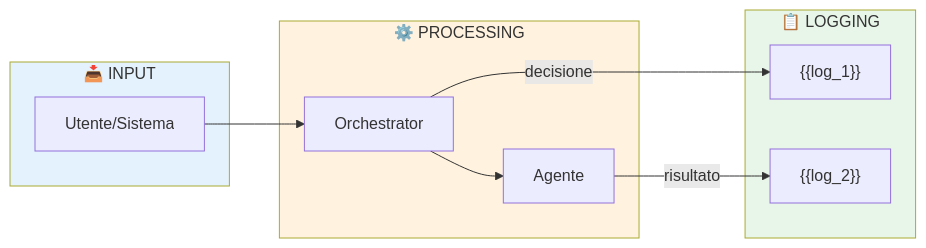
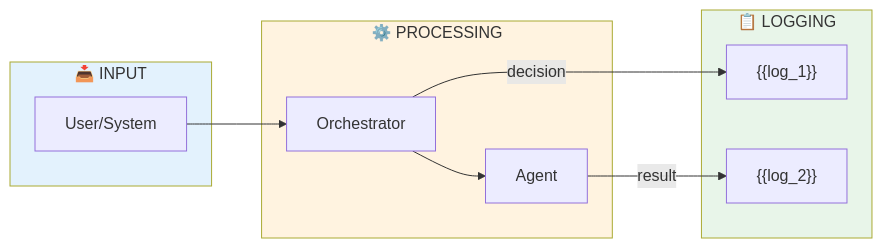
One commit to GravyaDev/trdex changed the diagram in ai-operations-registry/traceability.md. Above: the diagram before and after it, drawn with Mermaid. The commit also changed other lines of this file and 10 other files, not shown here.

````diff
--- a/ai-operations-registry/traceability.md
+++ b/ai-operations-registry/traceability.md
@@ -19,25 +19,25 @@
 ```mermaid
 flowchart LR
     subgraph INPUT["📥 INPUT"]
-        U["Utente/Sistema"]
+        U["User/System"]
     end
     
     subgraph PROCESSING["⚙️ PROCESSING"]
         O["Orchestrator"]
-        A["Agente"]
+        A["Agent"]
     end
     
     subgraph LOGGING["📋 LOGGING"]
         L1["{{log_1}}"]
         L2["{{log_2}}"]
     end
     
     U --> O
     O --> A
-    O -->|"decisione"| L1
-    A -->|"risultato"| L2
+    O -->|"decision"| L1
+    A -->|"result"| L2
     
     style INPUT fill:#e3f2fd
     style PROCESSING fill:#fff3e0
     style LOGGING fill:#e8f5e9
 ```
````
